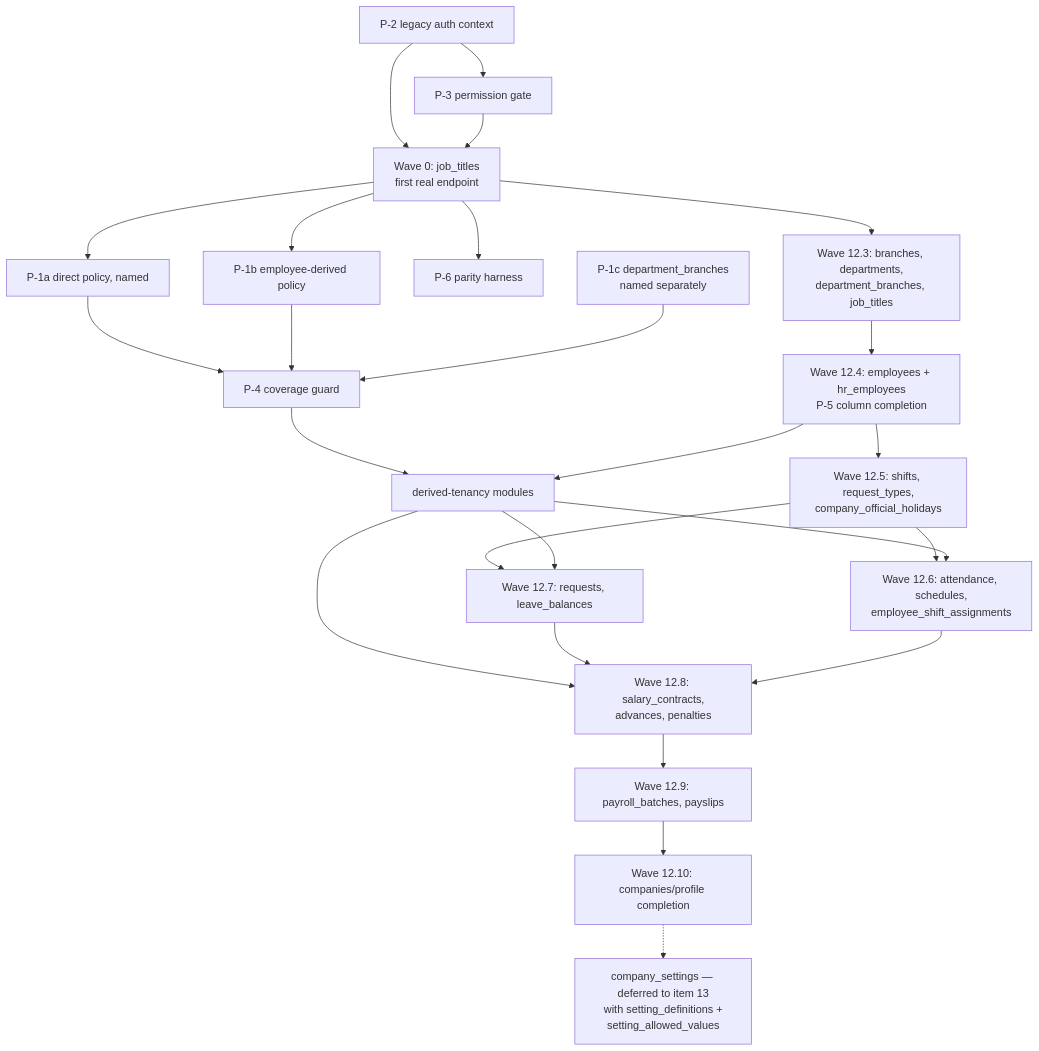
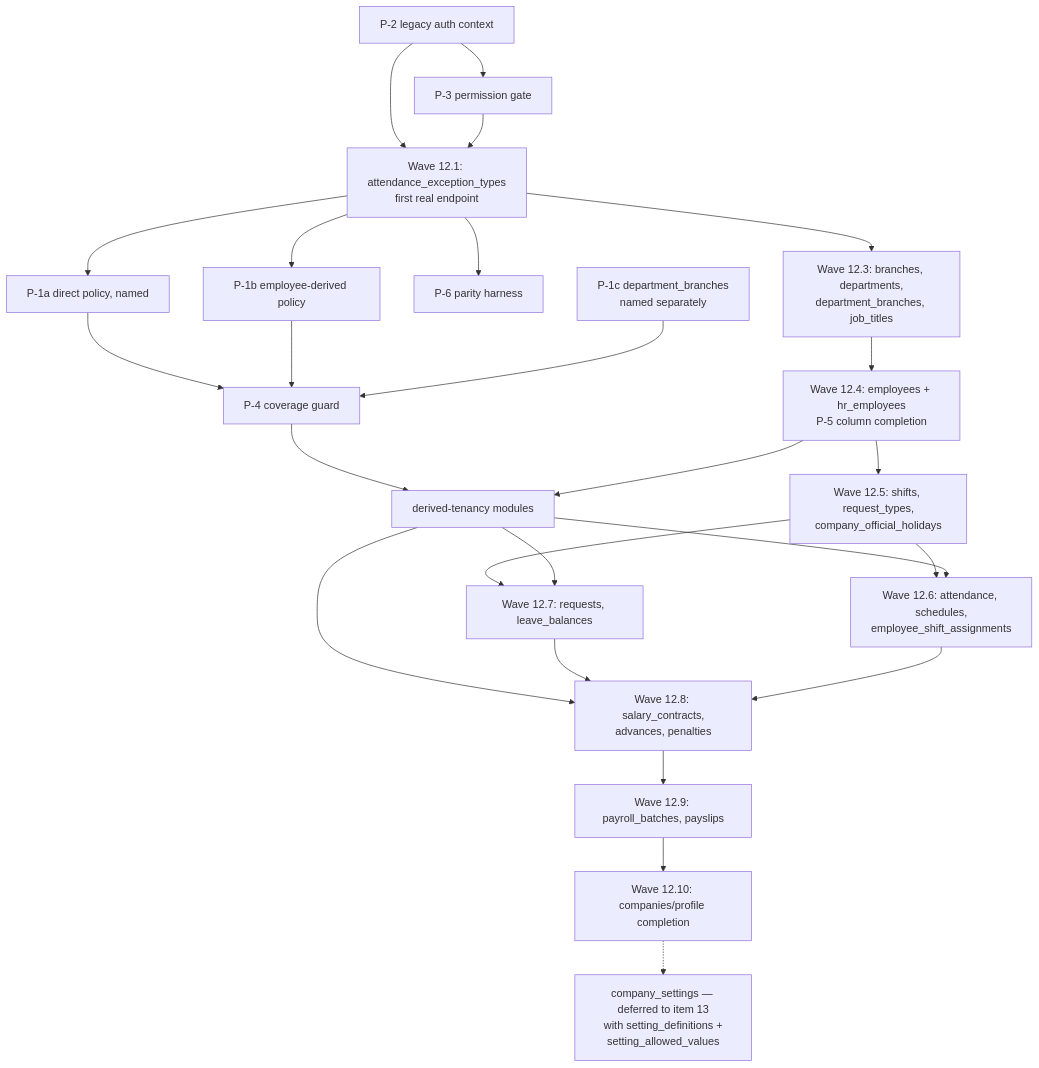
Before and after one commit to workin-hr/hr-platform: the diagram in docs/migration/2026-08-18-item-12-specification.md, drawn with Mermaid. The commit also changed other lines of this file and 3 other files, not shown here.

````diff
--- a/docs/migration/2026-08-18-item-12-specification.md
+++ b/docs/migration/2026-08-18-item-12-specification.md
@@ -393,28 +396,28 @@
 ```mermaid
 graph TD
   P2[P-2 legacy auth context] --> P3[P-3 permission gate]
   P2 --> W0
   P3 --> W0
-  W0[Wave 0: job_titles<br/>first real endpoint] --> P1B[P-1b employee-derived policy]
+  W0[Wave 12.1: attendance_exception_types<br/>first real endpoint] --> P1B[P-1b employee-derived policy]
   W0 --> P1A[P-1a direct policy, named]
   W0 --> P6[P-6 parity harness]
   P1A --> P4[P-4 coverage guard]
   P1B --> P4
   P1C[P-1c department_branches<br/>named separately] --> P4
   P4 --> D[derived-tenancy modules]
 
   W0 --> ORG[Wave 12.3: branches, departments,<br/>department_branches, job_titles]
   ORG --> EMP[Wave 12.4: employees + hr_employees<br/>P-5 column completion]
   EMP --> MASTER[Wave 12.5: shifts, request_types,<br/>company_official_holidays]
   EMP --> D
   MASTER --> ATT[Wave 12.6: attendance, schedules,<br/>employee_shift_assignments]
   MASTER --> REQ[Wave 12.7: requests, leave_balances]
   D --> ATT
   D --> REQ
   D --> PAY[Wave 12.8: salary_contracts,<br/>advances, penalties]
   REQ --> PAY
   ATT --> PAY
   PAY --> RUN[Wave 12.9: payroll_batches, payslips]
   RUN --> CS[Wave 12.10: companies/profile completion]
   CS -.-> I13[company_settings — deferred to item 13<br/>with setting_definitions +<br/>setting_allowed_values]
 ```
````
